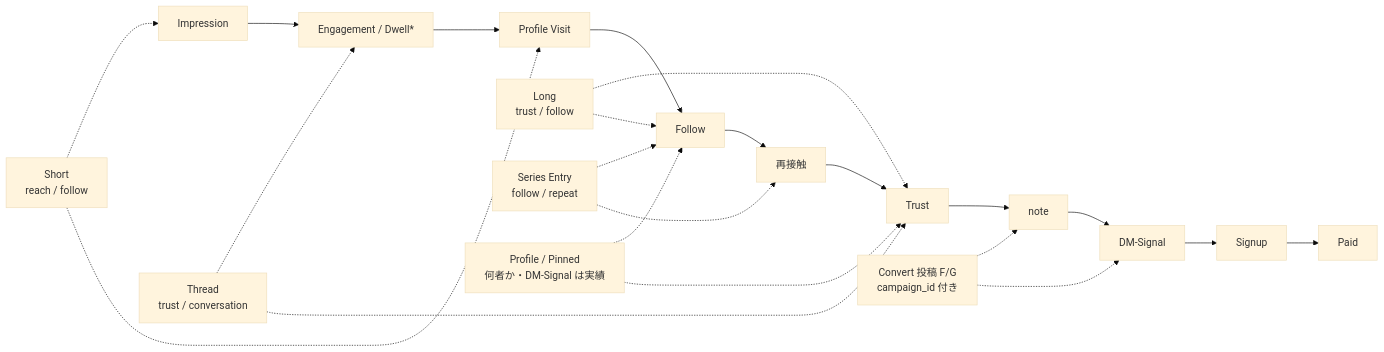
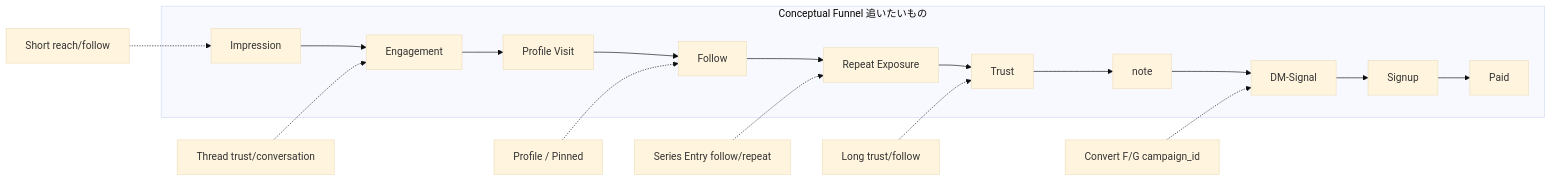
One commit to simokitafresh/multi-agent-shogun changed the second of 6 diagrams in docs/research/x_growth_engine_asis_tobe_5w1h_20260904.md. Above: the diagram before and after it, drawn with Mermaid (base theme). The commit also changed other lines of this file and 3 other files, not shown here.

Commit message:
x_ops: Growth Engine v1.4(殿レビュー 16:23)— 7 日運用・3 units/日へ同期(calendar v3 42 slot、cron)、§51.1 4 format+units/physical+Conversation lane、§51.2 Conceptual/Observable/Unavailable 分離

````diff
--- a/docs/research/x_growth_engine_asis_tobe_5w1h_20260904.md
+++ b/docs/research/x_growth_engine_asis_tobe_5w1h_20260904.md
@@ -463,17 +470,12 @@
 ```mermaid
 flowchart LR
-  IMP[Impression] --> ENG[Engagement / Dwell*] --> PV[Profile Visit] --> FO[Follow] --> RE[再接触] --> TR[Trust] --> NOTE[note] --> DM[DM-Signal] --> SU[Signup] --> PD[Paid]
-
-  S[Short<br/>reach / follow] -.-> IMP
-  S -.-> PV
-  L[Long<br/>trust / follow] -.-> TR
-  L -.-> FO
-  T[Thread<br/>trust / conversation] -.-> ENG
-  T -.-> TR
-  SE[Series Entry<br/>follow / repeat] -.-> FO
-  SE -.-> RE
-  CV[Convert 投稿 F/G<br/>campaign_id 付き] -.-> NOTE
-  CV -.-> DM
-  PR[Profile / Pinned<br/>何者か・DM-Signal は実績] -.-> FO
-  PR -.-> TR
+  subgraph CF[Conceptual Funnel 追いたいもの]
+    IMP[Impression] --> ENG[Engagement] --> PV[Profile Visit] --> FO[Follow] --> RE[Repeat Exposure] --> TR[Trust] --> NOTE[note] --> DM[DM-Signal] --> SU[Signup] --> PD[Paid]
+  end
+  S[Short reach/follow] -.-> IMP
+  L[Long trust/follow] -.-> TR
+  T[Thread trust/conversation] -.-> ENG
+  SE[Series Entry follow/repeat] -.-> RE
+  CV[Convert F/G campaign_id] -.-> DM
+  PR[Profile / Pinned] -.-> FO
 ```
````
